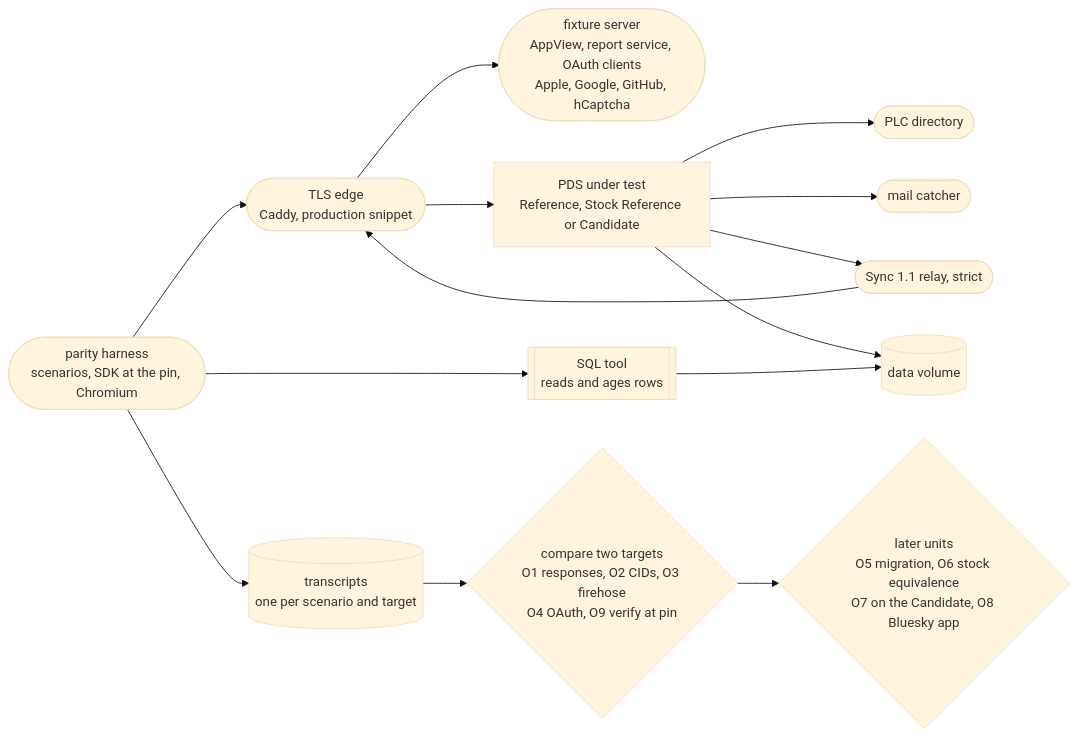
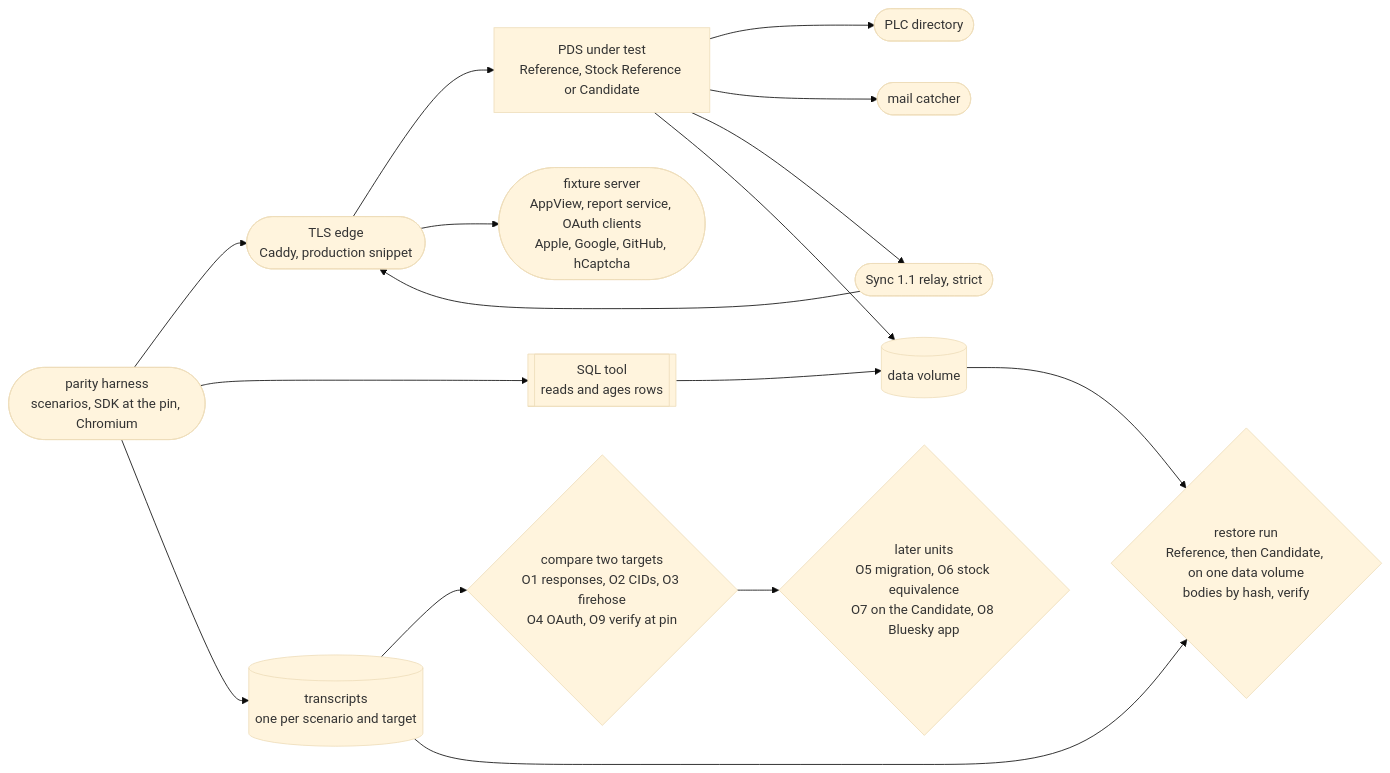
One commit to linkjar/pds changed the diagram in docs/architecture/diagrams/14-parity.mmd. Above: the diagram before and after it, drawn with Mermaid (base theme). The commit also changed 17 other files, not shown here.

```diff
--- a/docs/architecture/diagrams/14-parity.mmd
+++ b/docs/architecture/diagrams/14-parity.mmd
@@ -1,26 +1,29 @@
 flowchart LR
   runner([parity harness<br/>scenarios, SDK at the pin, Chromium])
   fixtures([fixture server<br/>AppView, report service, OAuth clients<br/>Apple, Google, GitHub, hCaptcha])
   edge([TLS edge<br/>Caddy, production snippet])
   pds[PDS under test<br/>Reference, Stock Reference or Candidate]
   plc([PLC directory])
   relay([Sync 1.1 relay, strict])
   mail([mail catcher])
   data[(data volume)]
   sql[[SQL tool<br/>reads and ages rows]]
   transcripts[(transcripts<br/>one per scenario and target)]
   compare{compare two targets<br/>O1 responses, O2 CIDs, O3 firehose<br/>O4 OAuth, O9 verify at pin}
+  restore{restore run<br/>Reference, then Candidate, on one data volume<br/>bodies by hash, verify}
   later{later units<br/>O5 migration, O6 stock equivalence<br/>O7 on the Candidate, O8 Bluesky app}
   runner --> edge
   edge --> pds
   edge --> fixtures
   pds --> plc
   pds --> mail
   pds --> relay
   relay --> edge
   pds --> data
   sql --> data
   runner --> sql
   runner --> transcripts
   transcripts --> compare
+  transcripts --> restore
+  data --> restore
   compare --> later
```
